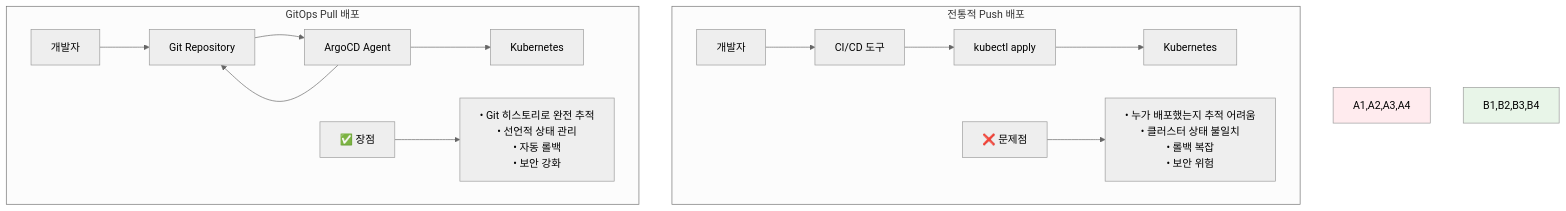
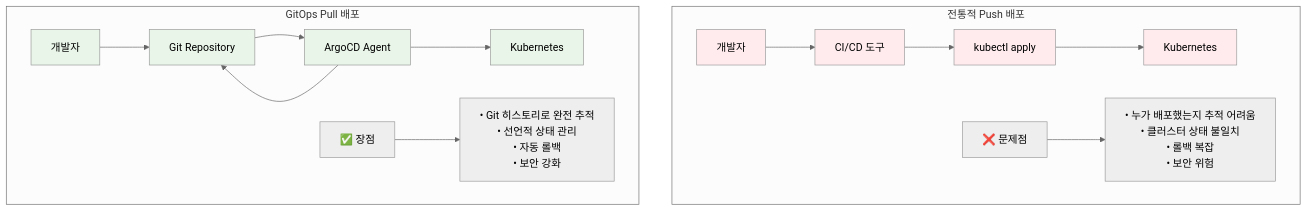
One commit to niceguy61/kdt_devops_lecture_2025 changed the fourth of 11 diagrams in theory/week_04/day4/session_1.md. Above: the diagram before and after it, drawn with Mermaid (neutral theme). The commit also changed other lines of this file and 2 other files, not shown here.

Commit message:
mermaid style change

````diff
--- a/theory/week_04/day4/session_1.md
+++ b/theory/week_04/day4/session_1.md
@@ -131,20 +131,26 @@
 ```mermaid
 graph TB
     subgraph "전통적 Push 배포"
         A1[개발자] --> A2[CI/CD 도구]
         A2 --> A3[kubectl apply]
         A3 --> A4[Kubernetes]
         A5[❌ 문제점] --> A6[• 누가 배포했는지 추적 어려움<br/>• 클러스터 상태 불일치<br/>• 롤백 복잡<br/>• 보안 위험]
     end
     
     subgraph "GitOps Pull 배포"
         B1[개발자] --> B2[Git Repository]
         B2 --> B3[ArgoCD Agent]
         B3 --> B4[Kubernetes]
         B3 --> B2
         B5[✅ 장점] --> B6[• Git 히스토리로 완전 추적<br/>• 선언적 상태 관리<br/>• 자동 롤백<br/>• 보안 강화]
     end
     
-    style A1,A2,A3,A4 fill:#ffebee
-    style B1,B2,B3,B4 fill:#e8f5e8
+    style A1 fill:#ffebee
+    style A2 fill:#ffebee
+    style A3 fill:#ffebee
+    style A4 fill:#ffebee
+    style B1 fill:#e8f5e8
+    style B2 fill:#e8f5e8
+    style B3 fill:#e8f5e8
+    style B4 fill:#e8f5e8
 ```
````
